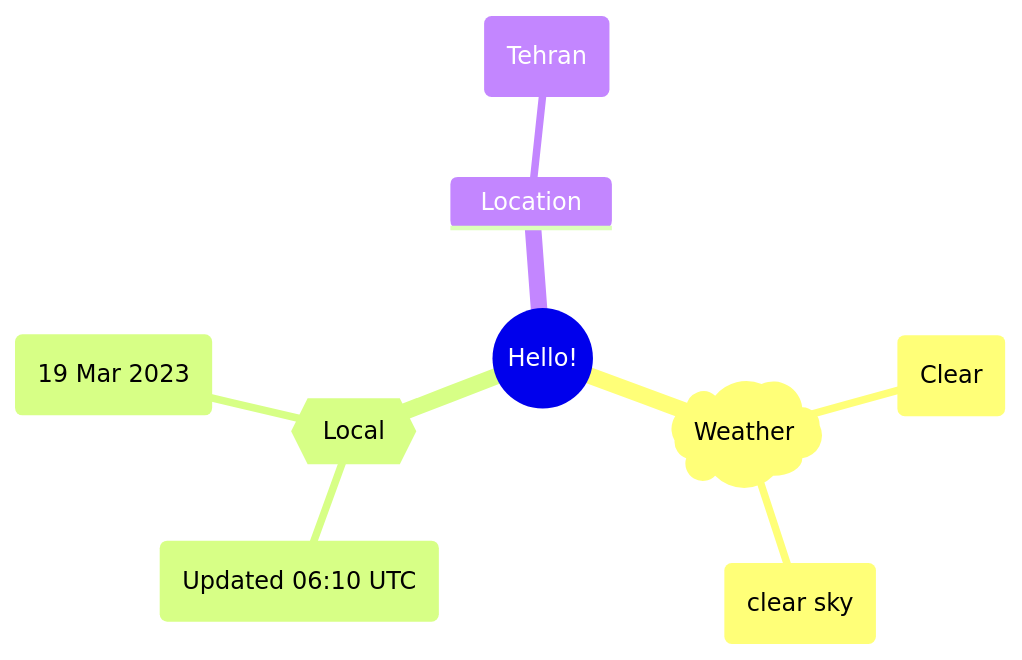
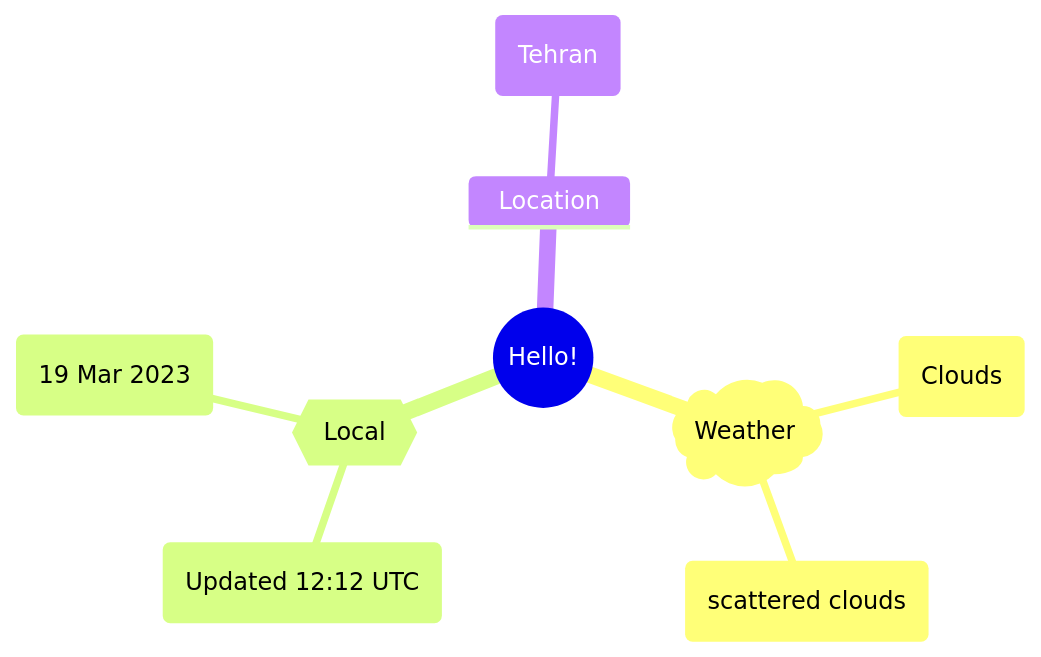
One commit to Xosrov/Xosrov changed the first of 2 diagrams in README.md. Above: the diagram before and after it, drawn with Mermaid.

Commit message:
[bot] updated images

````diff
--- a/README.md
+++ b/README.md
@@ -3,12 +3,12 @@
 ```mermaid
 mindmap
   root((Hello!))
     )Weather(
-        (Clear)
-        (clear sky)
+        (Clouds)
+        (scattered clouds)
     {{Local}}
-        (Updated 06:10 UTC)
+        (Updated 12:12 UTC)
         (19 Mar 2023)
     Location
         (Tehran)
 ```
````
